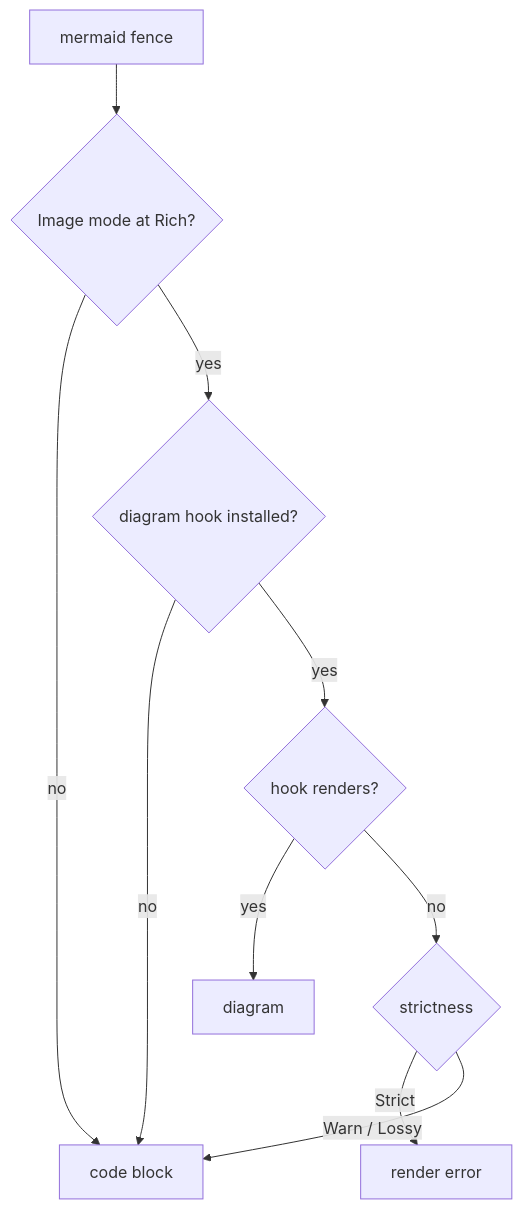
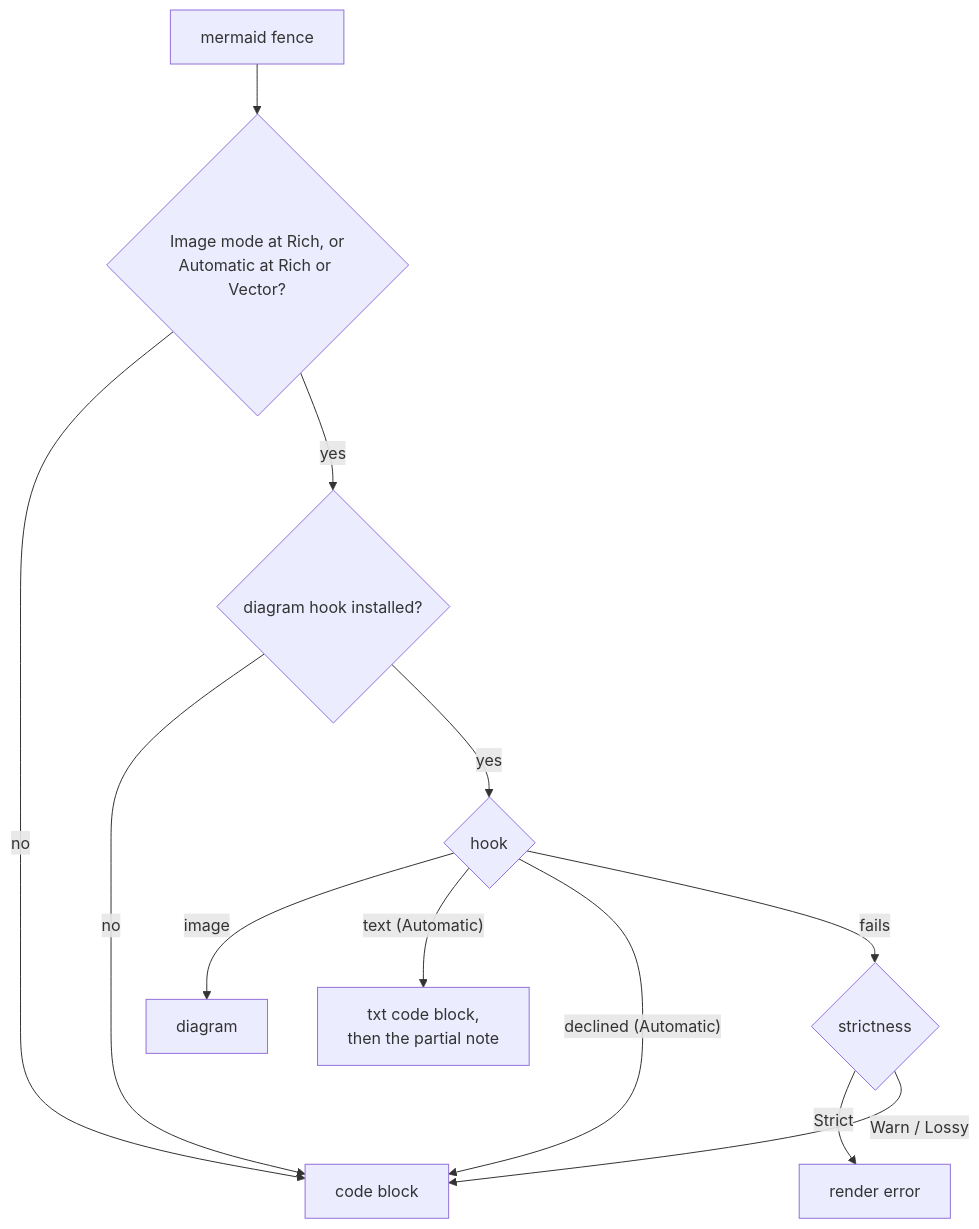
Before and after one commit to yankeeinlondon/rusty-biscuit: the fifth of 5 diagrams in biscuit-visualized/docs/components/mermaid_diagram.md, drawn with Mermaid. The commit also changed other lines of this file and 12 other files, not shown here.

First line of the commit message:
docs: explain Mermaid text fallback across terminal flows

````diff
--- a/biscuit-visualized/docs/components/mermaid_diagram.md
+++ b/biscuit-visualized/docs/components/mermaid_diagram.md
@@ -356,12 +520,14 @@
 ```mermaid
 flowchart TD
-    F[mermaid fence] --> P{Image mode at Rich?}
+    F[mermaid fence] --> P{"Image mode at Rich, or<br/>Automatic at Rich or Vector?"}
     P -- no --> C[code block]
     P -- yes --> H{diagram hook installed?}
     H -- no --> C
-    H -- yes --> R{hook renders?}
-    R -- yes --> D[diagram]
-    R -- no --> S{strictness}
+    H -- yes --> R{hook}
+    R -- image --> D[diagram]
+    R -- "text (Automatic)" --> T["txt code block,<br/>then the partial note"]
+    R -- "declined (Automatic)" --> C
+    R -- fails --> S{strictness}
     S -- Strict --> E[render error]
     S -- Warn / Lossy --> C
 ```
````
